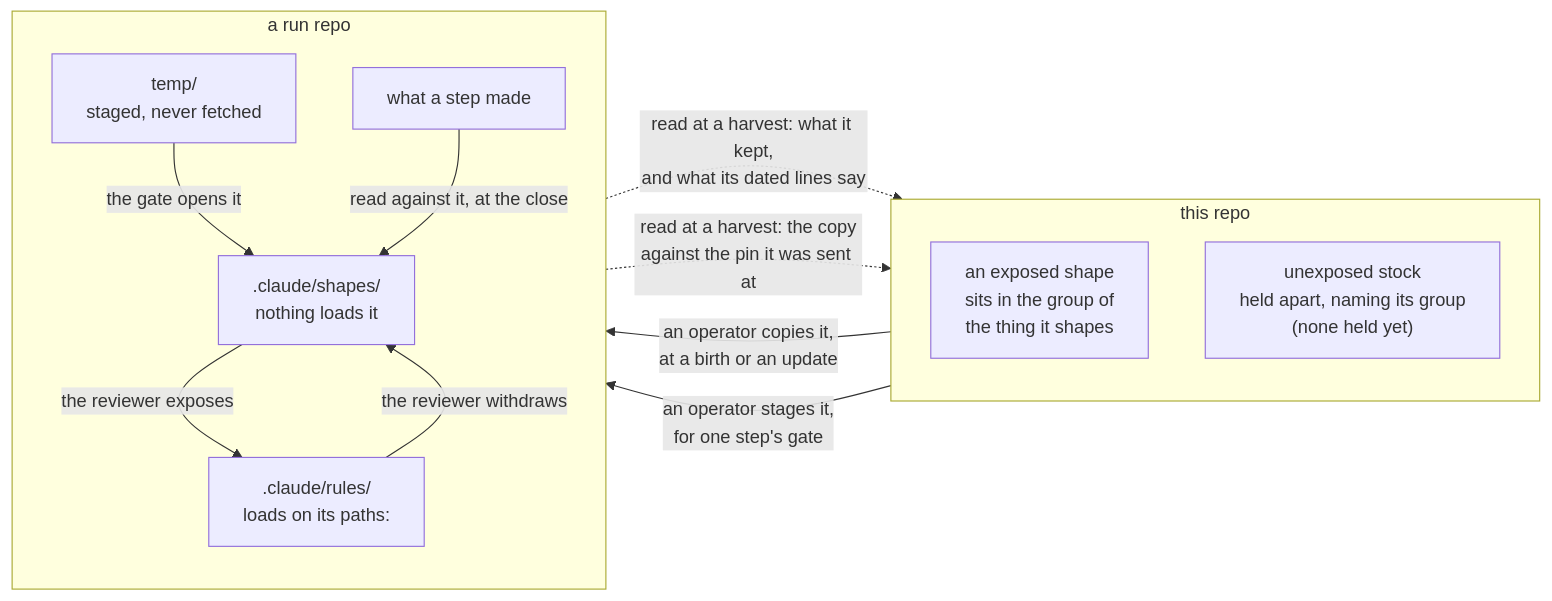
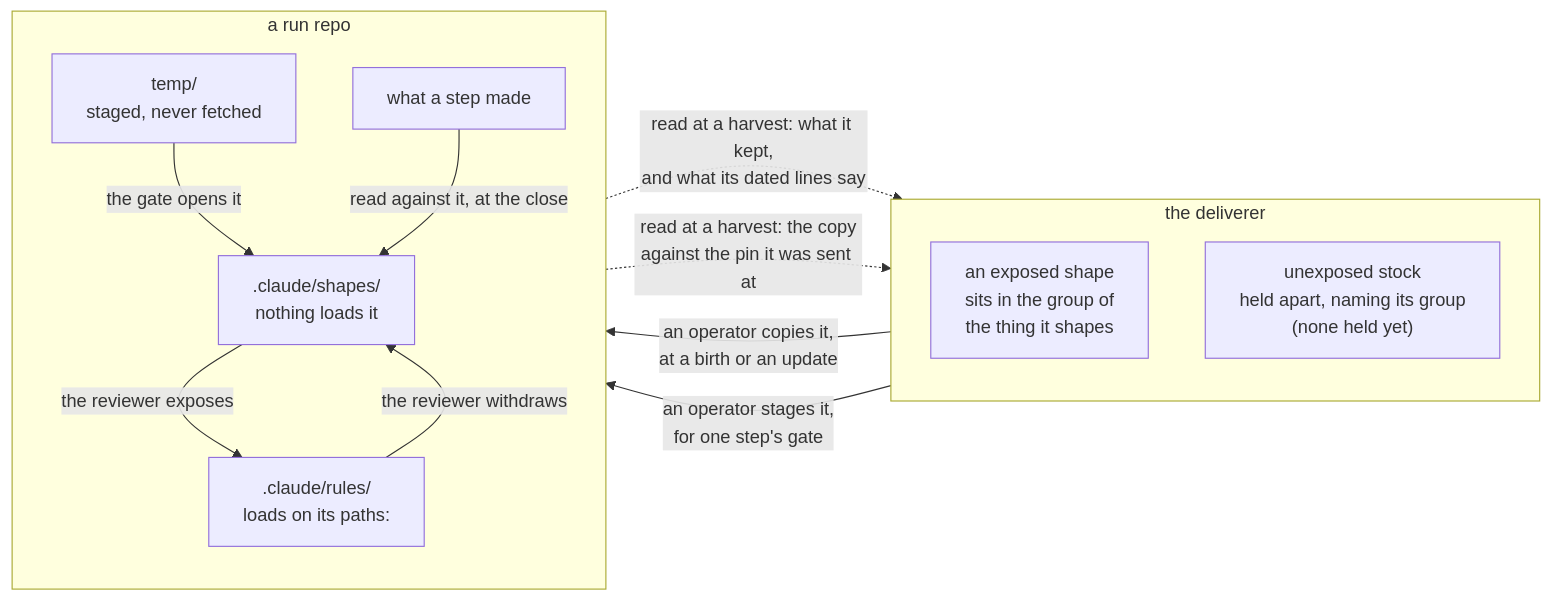
One commit to edgaras87/correctness-by-construction changed the first of 2 diagrams in docs/conventions/shapes/README.md. Above: the diagram before and after it, drawn with Mermaid. The commit also changed other lines of this file and 2 other files, not shown here.

````diff
--- a/docs/conventions/shapes/README.md
+++ b/docs/conventions/shapes/README.md
@@ -205,26 +230,26 @@
 ```mermaid
 flowchart LR
-  subgraph HERE["this repo"]
+  subgraph HERE["the deliverer"]
     direction TB
     EX["an exposed shape<br/>sits in the group of<br/>the thing it shapes"]
     UN["unexposed stock<br/>held apart, naming its group<br/>(none held yet)"]
   end
 
   subgraph RUN["a run repo"]
     direction TB
     MADE["what a step made"]
     TMP["temp/<br/>staged, never fetched"]
     SHP[".claude/shapes/<br/>nothing loads it"]
     RUL[".claude/rules/<br/>loads on its paths:"]
   end
 
   EX -->|"an operator copies it,<br/>at a birth or an update"| RUL
   UN -->|"an operator stages it,<br/>for one step's gate"| TMP
   TMP -->|"the gate opens it"| SHP
   MADE -->|"read against it, at the close"| SHP
   SHP -->|"the reviewer exposes"| RUL
   RUL -->|"the reviewer withdraws"| SHP
 
   SHP -.->|"read at a harvest: what it kept,<br/>and what its dated lines say"| UN
   RUL -.->|"read at a harvest: the copy<br/>against the pin it was sent at"| EX
 ```
````
